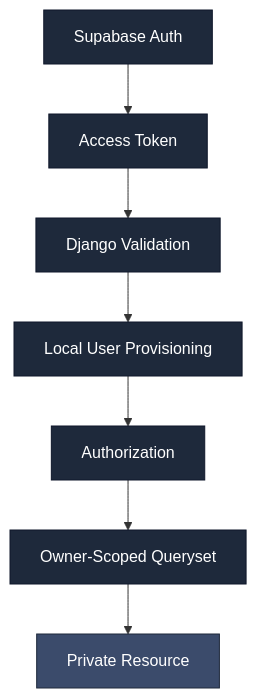
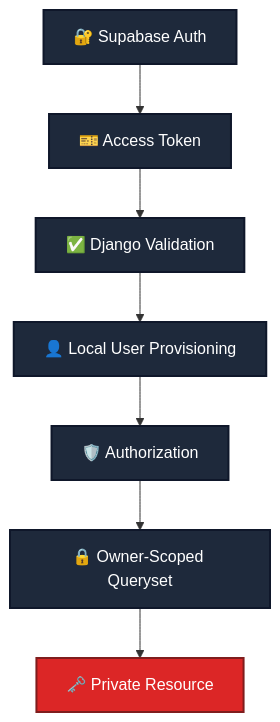
The sixth of 7 diagrams in README.md (bbhavya34/StockLens), drawn with Mermaid before and after one commit. The commit also changed other lines of this file, not shown here.

````diff
--- a/README.md
+++ b/README.md
@@ -501,15 +558,15 @@
 ```mermaid
 flowchart TB
-    A[Supabase Auth] --> B[Access Token]
-    B --> C[Django Validation]
-    C --> D[Local User Provisioning]
-    D --> E[Authorization]
-    E --> F[Owner-Scoped Queryset]
-    F --> G[Private Resource]
+    A[🔐 Supabase Auth] --> B[🎫 Access Token]
+    B --> C[✅ Django Validation]
+    C --> D[👤 Local User Provisioning]
+    D --> E[🛡️ Authorization]
+    E --> F[🔒 Owner-Scoped Queryset]
+    F --> G[🗝️ Private Resource]
 
-    classDef step fill:#1E293B,stroke:#0F172A,color:#fff
-    classDef final fill:#3B4B6B,stroke:#1E293B,color:#fff
+    classDef step fill:#1E293B,stroke:#0F172A,color:#fff,stroke-width:2px
+    classDef final fill:#DC2626,stroke:#7F1D1D,color:#fff,stroke-width:2px
 
     class A,B,C,D,E,F step
     class G final
 ```
````
